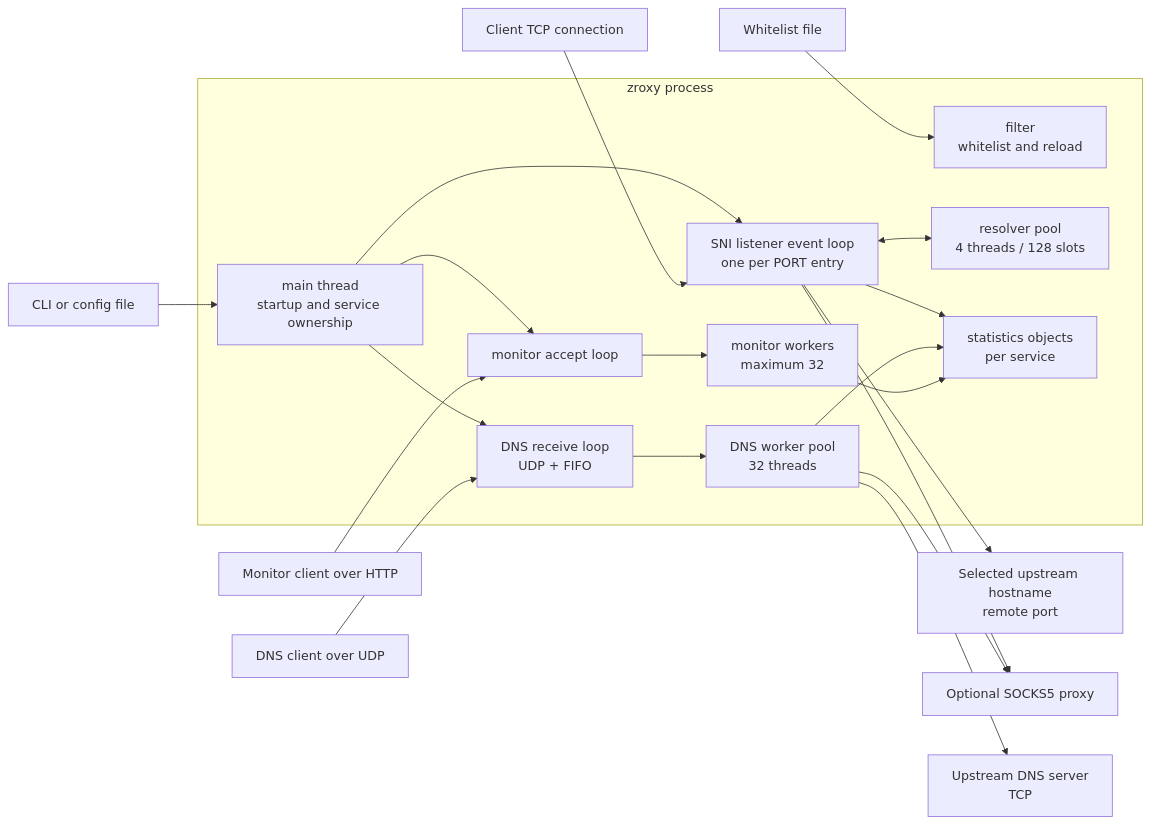
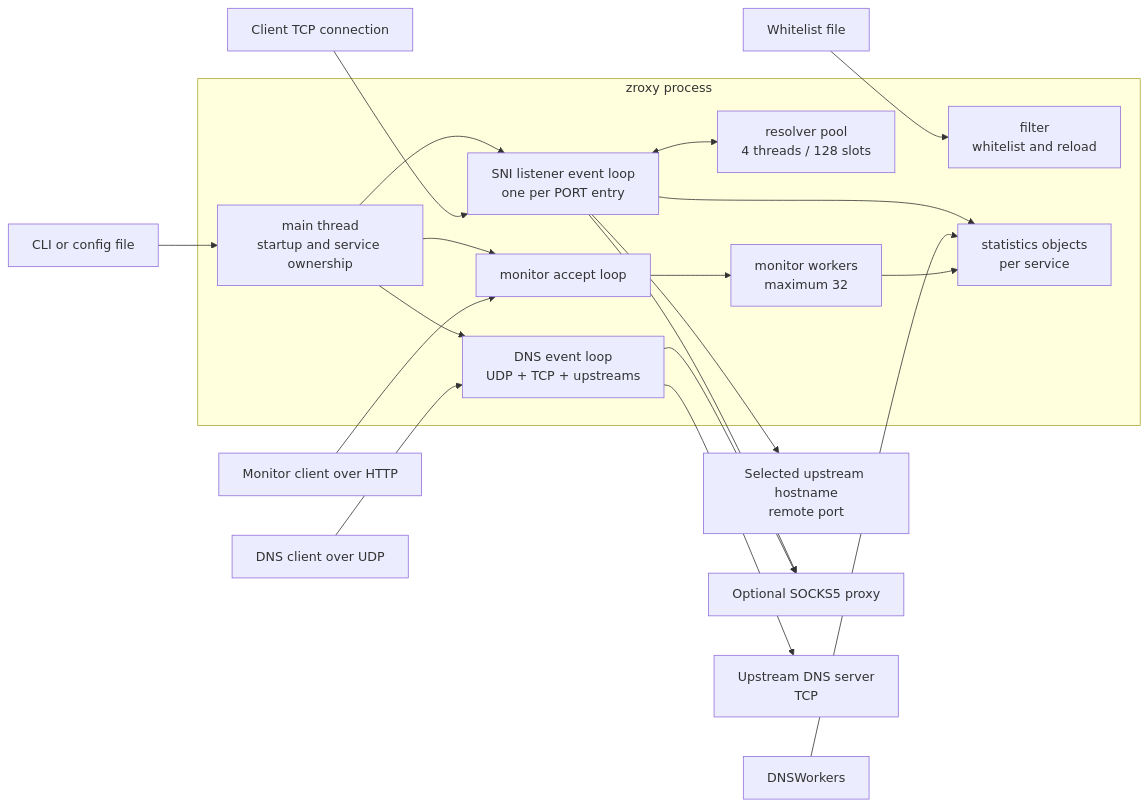
One commit to 0x7a657573/zroxy changed the first of 11 diagrams in ARCHITECTURE.md. Above: the diagram before and after it, drawn with Mermaid. The commit also changed other lines of this file and 27 other files, not shown here.

First line of the commit message:
refactor(dns): replace FIFO workers with a DNS event loop

````diff
--- a/ARCHITECTURE.md
+++ b/ARCHITECTURE.md
@@ -91,43 +92,41 @@
 ```mermaid
 flowchart LR
     Client[Client TCP connection]
     DNSClient[DNS client over UDP]
     MonitorClient[Monitor client over HTTP]
     Config[CLI or config file]
     White[Whitelist file]
 
     subgraph Z[zroxy process]
         Main[main thread\nstartup and service ownership]
         Filter[filter\nwhitelist and reload]
         SNI[SNI listener event loop\none per PORT entry]
         Resolve[resolver pool\n4 threads / 128 slots]
-        DNS[DNS receive loop\nUDP + FIFO]
-        DNSWorkers[DNS worker pool\n32 threads]
+        DNS[DNS event loop\nUDP + TCP + upstreams]
         Monitor[monitor accept loop]
         MonWorkers[monitor workers\nmaximum 32]
         Stats[statistics objects\nper service]
     end
 
     Upstream[Selected upstream hostname\nremote port]
     SOCKS[Optional SOCKS5 proxy]
     DNSUpstream[Upstream DNS server\nTCP]
 
     Config --> Main
     White --> Filter
     Main --> SNI
     Main --> DNS
     Main --> Monitor
     Client --> SNI
     DNSClient --> DNS
     MonitorClient --> Monitor
     SNI <--> Resolve
     SNI --> Upstream
     SNI --> SOCKS
-    DNS --> DNSWorkers
-    DNSWorkers --> DNSUpstream
-    DNSWorkers --> SOCKS
+    DNS --> DNSUpstream
+    DNS --> SOCKS
     Monitor --> MonWorkers
     SNI --> Stats
     DNSWorkers --> Stats
     MonWorkers --> Stats
 ```
````
